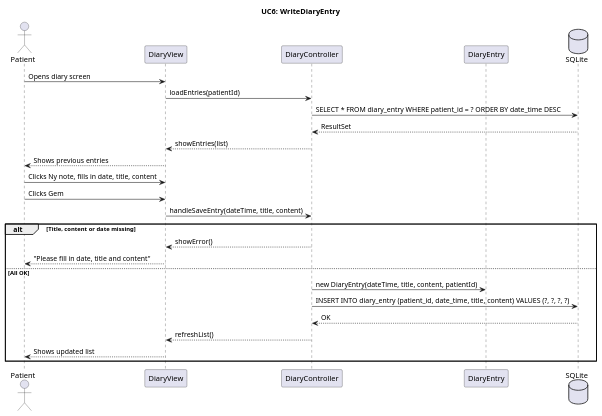
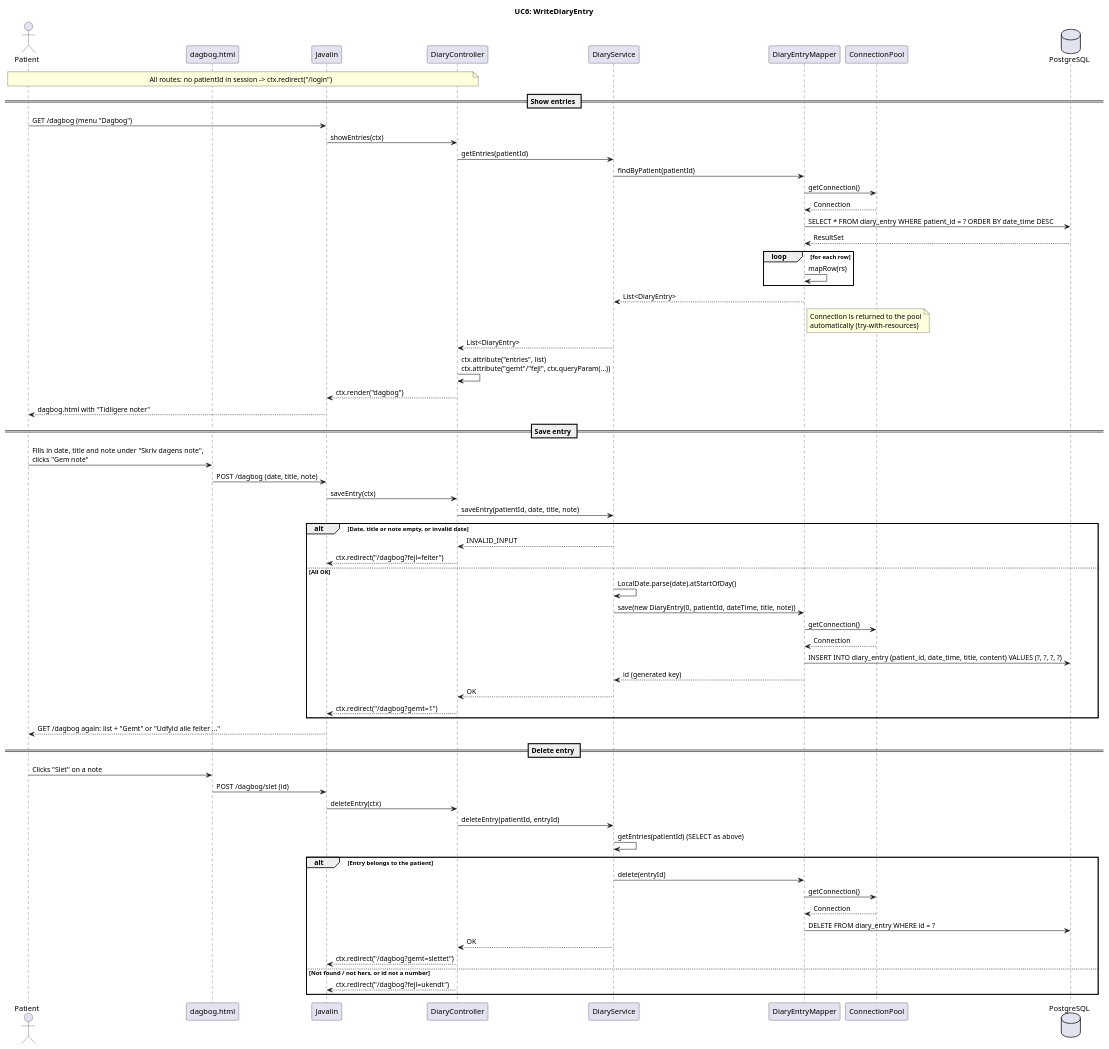
The diagram in doc/dynamic/UC6 - WriteDiaryEntry.puml (BesimaP/Simpl-PET-project), drawn with PlantUML before and after one commit. The commit also changed 61 other files, not shown here.

```diff
--- a/doc/dynamic/UC6 - WriteDiaryEntry.puml
+++ b/doc/dynamic/UC6 - WriteDiaryEntry.puml
@@ -1,34 +1,73 @@
 @startuml
 !pragma layout smetana
 
 title UC6: WriteDiaryEntry
 
 actor "Patient" as u
-participant "DiaryView" as v
+participant "dagbog.html" as v
+participant "Javalin" as j
 participant "DiaryController" as c
-participant "DiaryEntry" as m
-database "SQLite" as db
+participant "DiaryService" as s
+participant "DiaryEntryMapper" as dm
+participant "ConnectionPool" as cp
+database "PostgreSQL" as db
 
-u -> v : Opens diary screen
-v -> c : loadEntries(patientId)
-c -> db : SELECT * FROM diary_entry WHERE patient_id = ? ORDER BY date_time DESC
-db --> c : ResultSet
-c --> v : showEntries(list)
-v --> u : Shows previous entries
+note over u, c : All routes: no patientId in session -> ctx.redirect("/login")
 
-u -> v : Clicks Ny note, fills in date, title, content
-u -> v : Clicks Gem
-v -> c : handleSaveEntry(dateTime, title, content)
+== Show entries ==
+u -> j : GET /dagbog (menu "Dagbog")
+j -> c : showEntries(ctx)
+c -> s : getEntries(patientId)
+s -> dm : findByPatient(patientId)
+dm -> cp : getConnection()
+cp --> dm : Connection
+dm -> db : SELECT * FROM diary_entry WHERE patient_id = ? ORDER BY date_time DESC
+db --> dm : ResultSet
+loop for each row
+  dm -> dm : mapRow(rs)
+end
+dm --> s : List<DiaryEntry>
+note right of dm : Connection is returned to the pool\nautomatically (try-with-resources)
+s --> c : List<DiaryEntry>
+c -> c : ctx.attribute("entries", list)\nctx.attribute("gemt"/"fejl", ctx.queryParam(...))
+c --> j : ctx.render("dagbog")
+j --> u : dagbog.html with "Tidligere noter"
 
-alt Title, content or date missing
-  c --> v : showError()
-  v --> u : "Please fill in date, title and content"
+== Save entry ==
+u -> v : Fills in date, title and note under "Skriv dagens note",\nclicks "Gem note"
+v -> j : POST /dagbog (date, title, note)
+j -> c : saveEntry(ctx)
+c -> s : saveEntry(patientId, date, title, note)
+alt Date, title or note empty, or invalid date
+  s --> c : INVALID_INPUT
+  c --> j : ctx.redirect("/dagbog?fejl=felter")
 else All OK
-  c -> m : new DiaryEntry(dateTime, title, content, patientId)
-  c -> db : INSERT INTO diary_entry (patient_id, date_time, title, content) VALUES (?, ?, ?, ?)
-  db --> c : OK
-  c --> v : refreshList()
-  v --> u : Shows updated list
+  s -> s : LocalDate.parse(date).atStartOfDay()
+  s -> dm : save(new DiaryEntry(0, patientId, dateTime, title, note))
+  dm -> cp : getConnection()
+  cp --> dm : Connection
+  dm -> db : INSERT INTO diary_entry (patient_id, date_time, title, content) VALUES (?, ?, ?, ?)
+  dm --> s : id (generated key)
+  s --> c : OK
+  c --> j : ctx.redirect("/dagbog?gemt=1")
+end
+j --> u : GET /dagbog again: list + "Gemt" or "Udfyld alle felter ..."
+
+== Delete entry ==
+u -> v : Clicks "Slet" on a note
+v -> j : POST /dagbog/slet (id)
+j -> c : deleteEntry(ctx)
+c -> s : deleteEntry(patientId, entryId)
+s -> s : getEntries(patientId) (SELECT as above)
+alt Entry belongs to the patient
+  s -> dm : delete(entryId)
+  dm -> cp : getConnection()
+  cp --> dm : Connection
+  dm -> db : DELETE FROM diary_entry WHERE id = ?
+  s --> c : OK
+  c --> j : ctx.redirect("/dagbog?gemt=slettet")
+else Not found / not hers, or id not a number
+  c --> j : ctx.redirect("/dagbog?fejl=ukendt")
 end
 
 @enduml
```
